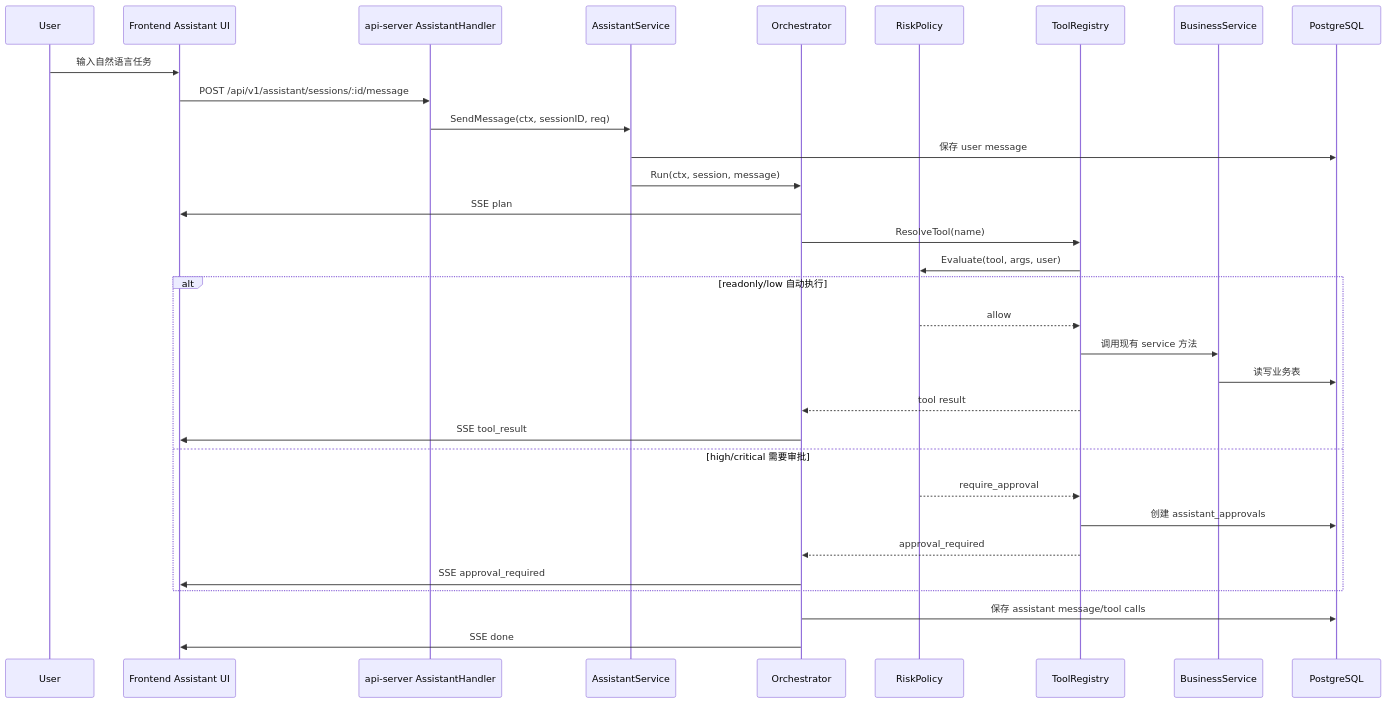
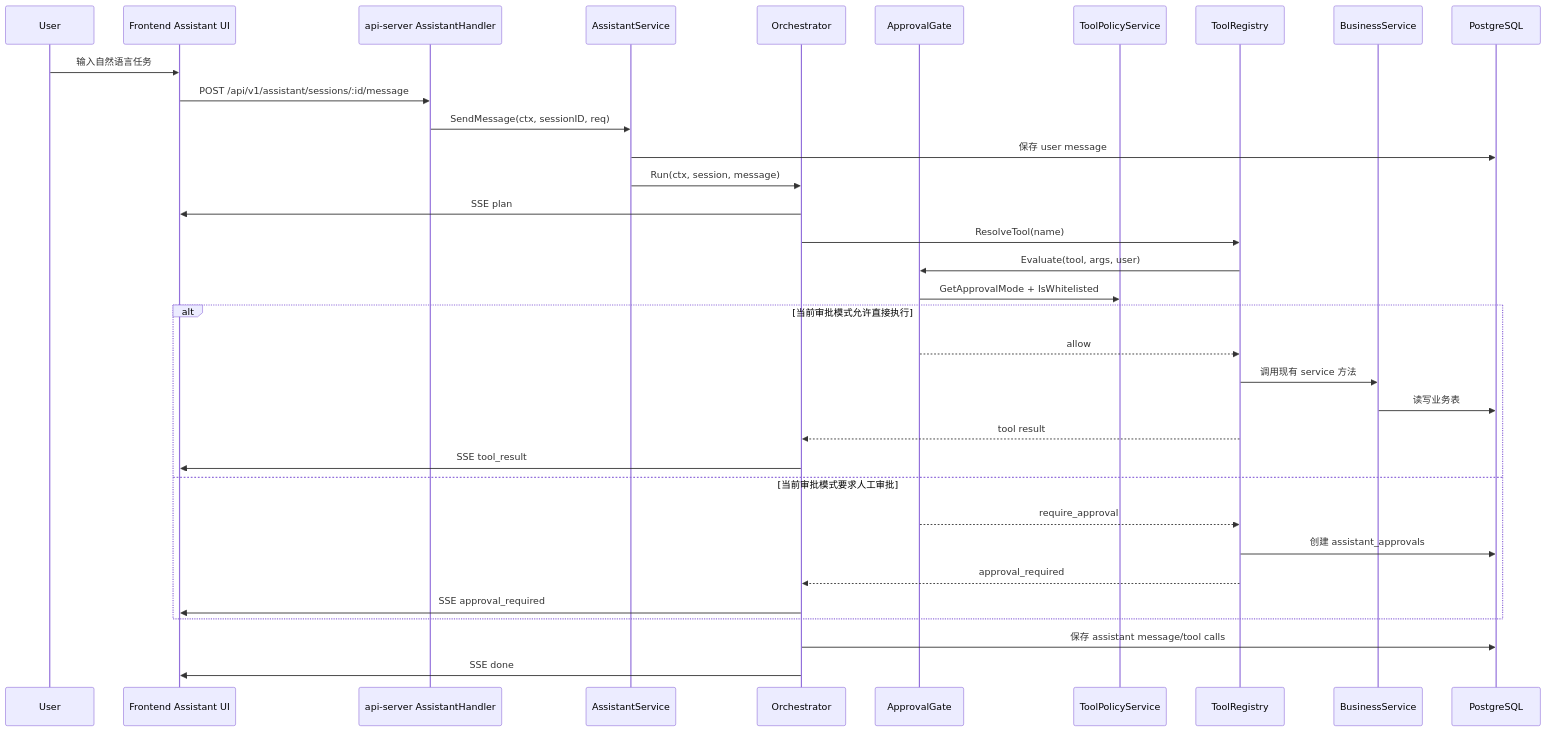
The third of 5 diagrams in docs/aegis_system_design_v6.0/overall_architecture_design_v6.0.md (alex-chenc/aegis), drawn with Mermaid before and after one commit. The commit also changed other lines of this file and 8 other files, not shown here.

````diff
--- a/docs/aegis_system_design_v6.0/overall_architecture_design_v6.0.md
+++ b/docs/aegis_system_design_v6.0/overall_architecture_design_v6.0.md
@@ -100,35 +105,37 @@
 ```mermaid
 sequenceDiagram
   participant U as User
   participant FE as Frontend Assistant UI
   participant API as api-server AssistantHandler
   participant AS as AssistantService
   participant OR as Orchestrator
-  participant RP as RiskPolicy
+  participant AG as ApprovalGate
+  participant TPS as ToolPolicyService
   participant TR as ToolRegistry
   participant BS as BusinessService
   participant DB as PostgreSQL
 
   U->>FE: 输入自然语言任务
   FE->>API: POST /api/v1/assistant/sessions/:id/message
   API->>AS: SendMessage(ctx, sessionID, req)
   AS->>DB: 保存 user message
   AS->>OR: Run(ctx, session, message)
   OR->>FE: SSE plan
   OR->>TR: ResolveTool(name)
-  TR->>RP: Evaluate(tool, args, user)
-  alt readonly/low 自动执行
-    RP-->>TR: allow
+  TR->>AG: Evaluate(tool, args, user)
+  AG->>TPS: GetApprovalMode + IsWhitelisted
+  alt 当前审批模式允许直接执行
+    AG-->>TR: allow
     TR->>BS: 调用现有 service 方法
     BS->>DB: 读写业务表
     TR-->>OR: tool result
     OR->>FE: SSE tool_result
-  else high/critical 需要审批
-    RP-->>TR: require_approval
+  else 当前审批模式要求人工审批
+    AG-->>TR: require_approval
     TR->>DB: 创建 assistant_approvals
     TR-->>OR: approval_required
     OR->>FE: SSE approval_required
   end
   OR->>DB: 保存 assistant message/tool calls
   OR->>FE: SSE done
 ```
````
